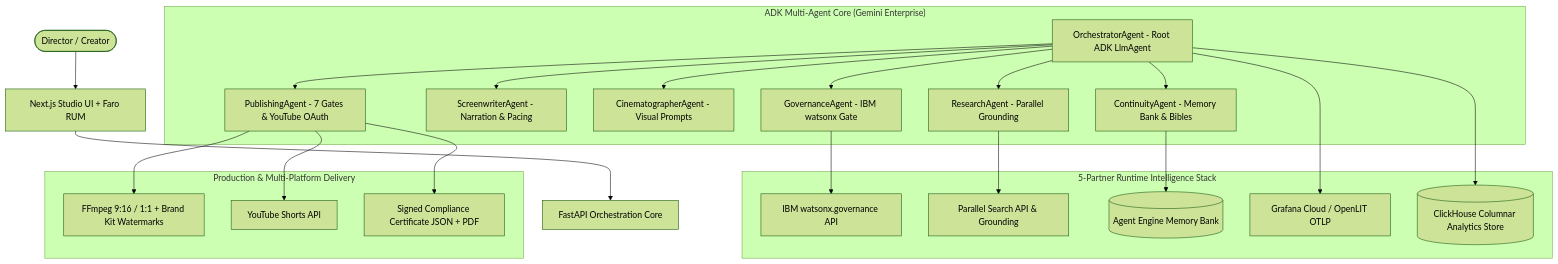
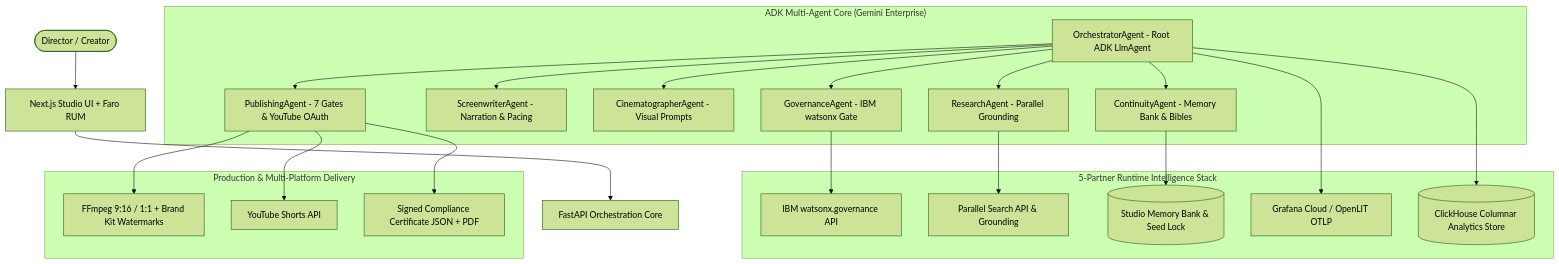
One commit to daryllrebeiro/content-gen-automator changed the diagram in README.md. Above: the diagram before and after it, drawn with Mermaid (forest theme). The commit also changed other lines of this file and 29 other files, not shown here.

````diff
--- a/README.md
+++ b/README.md
@@ -27,30 +27,30 @@
 ```mermaid
 graph TD
     Director([Director / Creator]) --> UI[Next.js Studio UI + Faro RUM]
     UI --> API[FastAPI Orchestration Core]
     
     subgraph "ADK Multi-Agent Core (Gemini Enterprise)"
         Orchestrator[OrchestratorAgent - Root ADK LlmAgent]
         
         Orchestrator --> ResearchAgent[ResearchAgent - Parallel Grounding]
         Orchestrator --> ScreenwriterAgent[ScreenwriterAgent - Narration & Pacing]
         Orchestrator --> CinematographerAgent[CinematographerAgent - Visual Prompts]
         Orchestrator --> ContinuityAgent[ContinuityAgent - Memory Bank & Bibles]
         Orchestrator --> GovernanceAgent[GovernanceAgent - IBM watsonx Gate]
         Orchestrator --> PublishingAgent[PublishingAgent - 7 Gates & YouTube OAuth]
     end
 
     subgraph "5-Partner Runtime Intelligence Stack"
         GovernanceAgent --> IBM[IBM watsonx.governance API]
         ResearchAgent --> Parallel[Parallel Search API & Grounding]
-        ContinuityAgent --> MemoryBank[(Agent Engine Memory Bank)]
+        ContinuityAgent --> MemoryBank[(Studio Memory Bank & Seed Lock)]
         Orchestrator --> GrafanaOTLP[Grafana Cloud / OpenLIT OTLP]
         Orchestrator --> ClickHouse[(ClickHouse Columnar Analytics Store)]
     end
 
     subgraph "Production & Multi-Platform Delivery"
         PublishingAgent --> FFmpegStitch[FFmpeg 9:16 / 1:1 + Brand Kit Watermarks]
         PublishingAgent --> YouTubeLive[YouTube Shorts API]
         PublishingAgent --> CertService[Signed Compliance Certificate JSON + PDF]
     end
 ```
````
